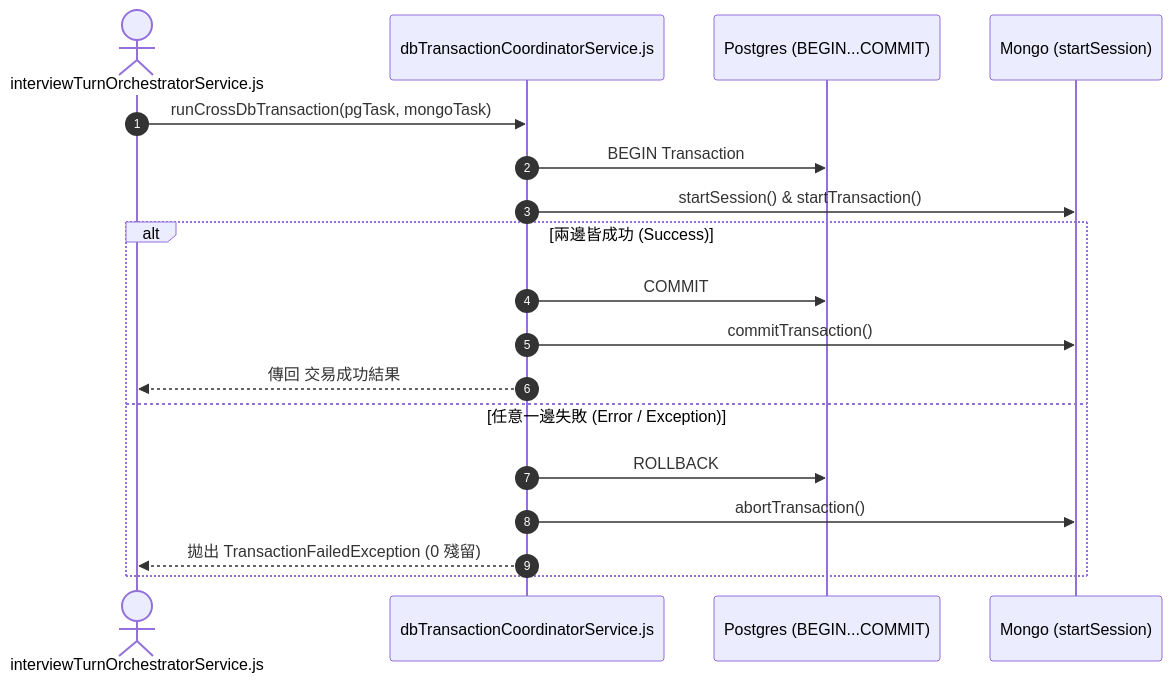
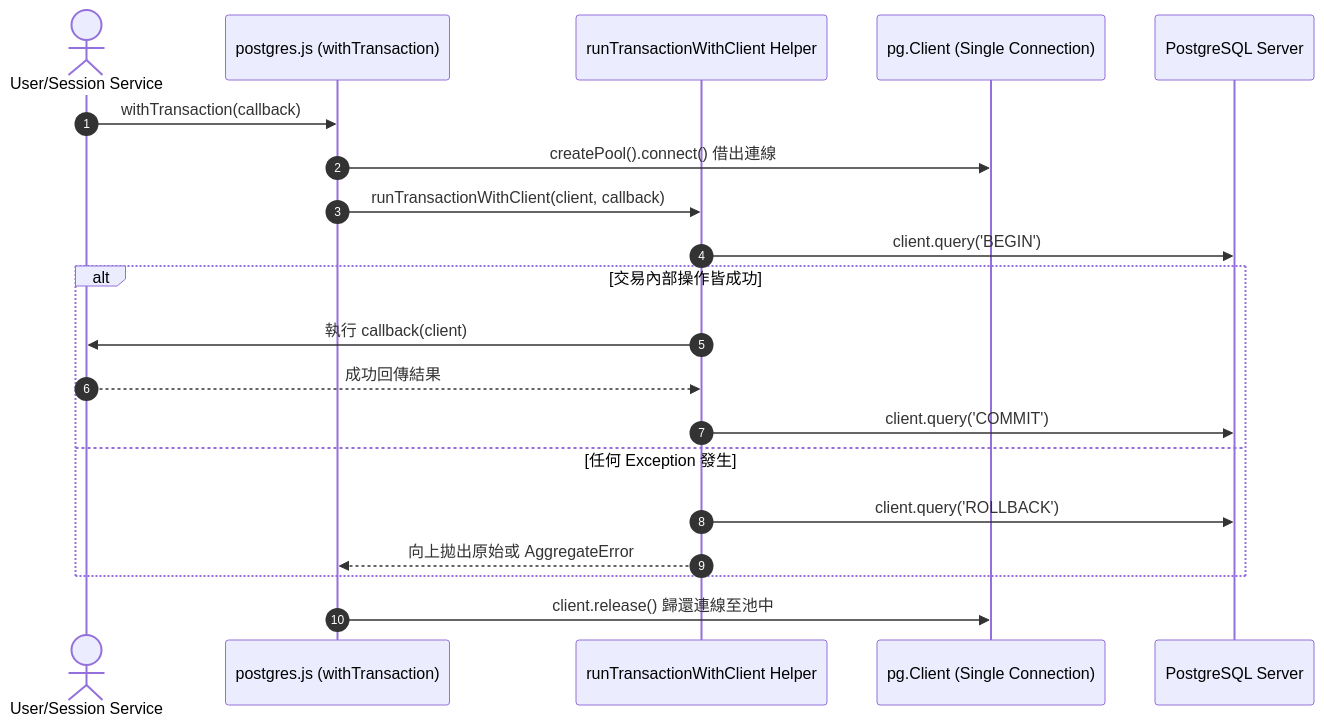
Before and after one commit to Alanho2025/Kiwi-AI-interview-Agent: the diagram in docs/architecture-decision-records/features/F-49-cross-db-transaction-coordinator.md, drawn with Mermaid. The commit also changed other lines of this file and 71 other files, not shown here.

````diff
--- a/docs/architecture-decision-records/features/F-49-cross-db-transaction-coordinator.md
+++ b/docs/architecture-decision-records/features/F-49-cross-db-transaction-coordinator.md
@@ -47,21 +50,25 @@
 ```mermaid
 sequenceDiagram
     autonumber
-    actor Service as interviewTurnOrchestratorService.js
-    participant Coord as dbTransactionCoordinatorService.js
-    participant PG as Postgres (BEGIN...COMMIT)
-    participant Mongo as Mongo (startSession)
+    actor Service as User/Session Service
+    participant PG as postgres.js (withTransaction)
+    participant Worker as runTransactionWithClient Helper
+    participant Client as pg.Client (Single Connection)
+    participant DB as PostgreSQL Server
 
-    Service->>Coord: runCrossDbTransaction(pgTask, mongoTask)
-    Coord->>PG: BEGIN Transaction
-    Coord->>Mongo: startSession() & startTransaction()
-    alt 兩邊皆成功 (Success)
-        Coord->>PG: COMMIT
-        Coord->>Mongo: commitTransaction()
-        Coord-->>Service: 傳回 交易成功結果
-    else 任意一邊失敗 (Error / Exception)
-        Coord->>PG: ROLLBACK
-        Coord->>Mongo: abortTransaction()
-        Coord-->>Service: 拋出 TransactionFailedException (0 殘留)
+    Service->>PG: withTransaction(callback)
+    PG->>Client: createPool().connect() 借出連線
+    PG->>Worker: runTransactionWithClient(client, callback)
+    Worker->>DB: client.query('BEGIN')
+    
+    alt 交易內部操作皆成功
+        Worker->>Service: 執行 callback(client)
+        Service-->>Worker: 成功回傳結果
+        Worker->>DB: client.query('COMMIT')
+    else 任何 Exception 發生
+        Worker->>DB: client.query('ROLLBACK')
+        Worker-->>PG: 向上拋出原始或 AggregateError
     end
+
+    PG->>Client: client.release() 歸還連線至池中
 ```
````
